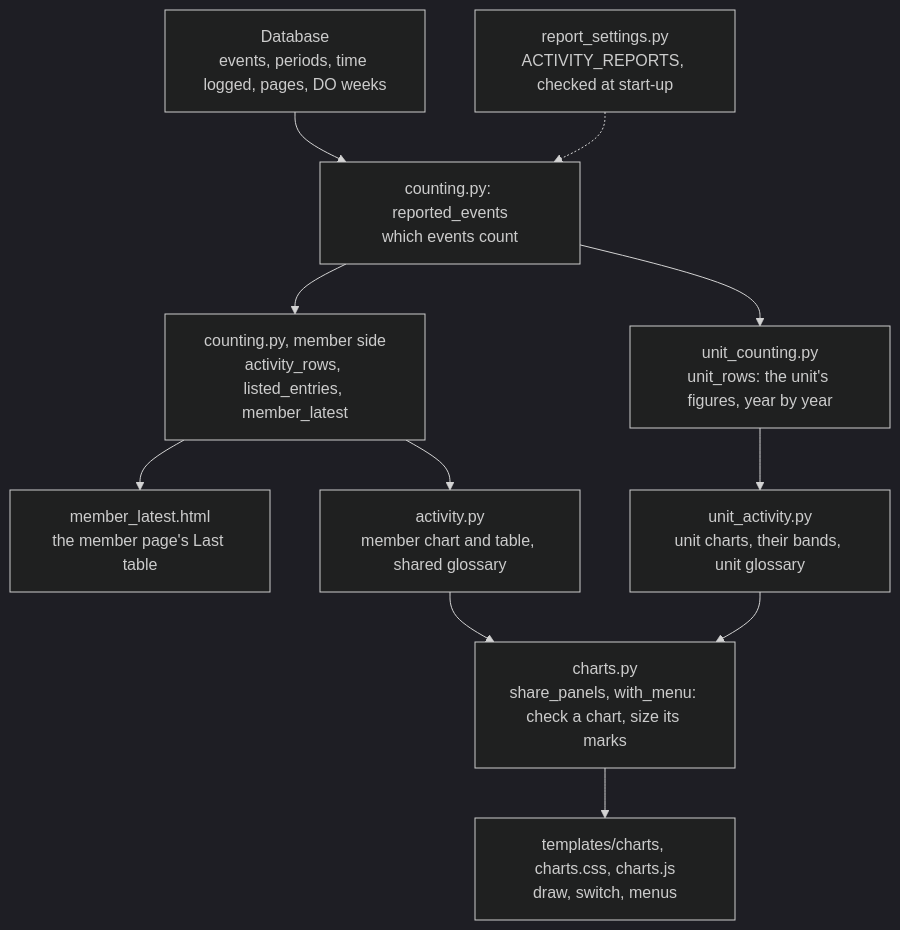
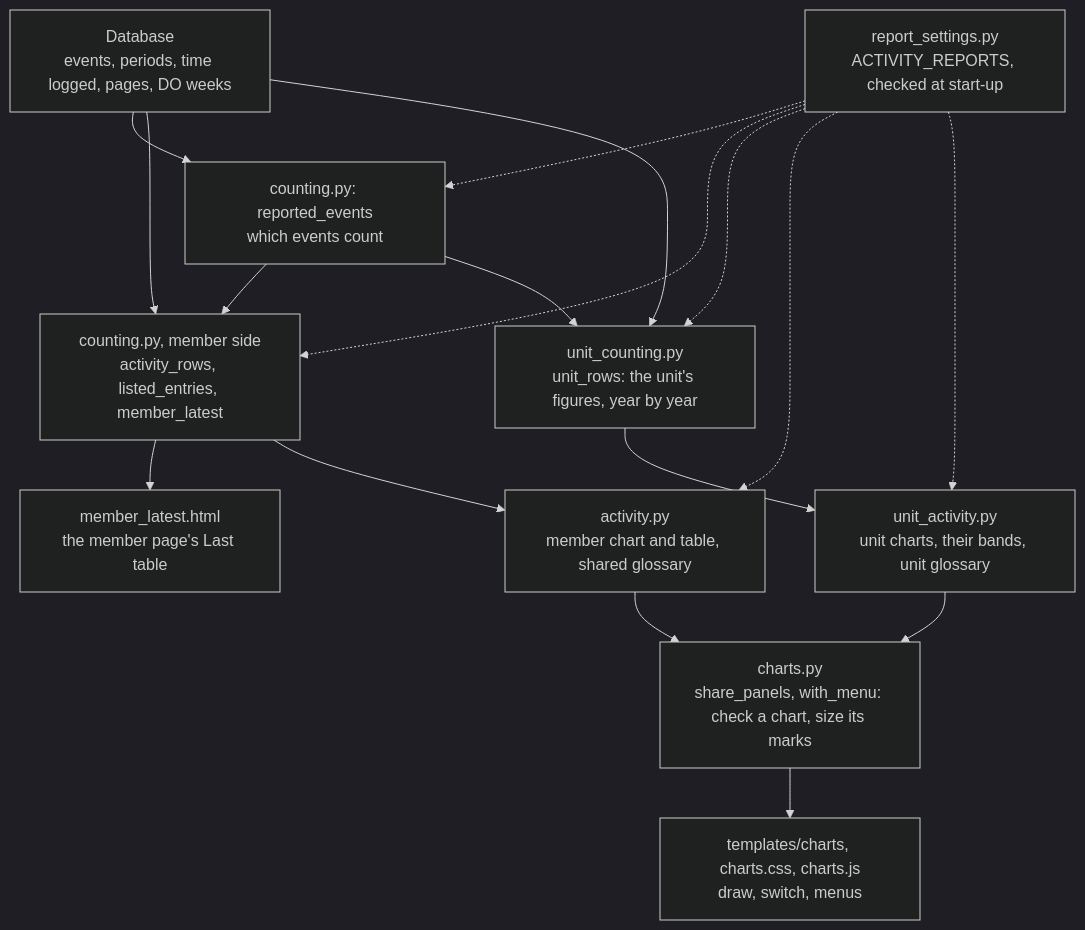
Before and after one commit to BAMRU-Tech/bamru_net: the diagram in docs/activity-reports.md, drawn with Mermaid (dark theme). The commit also changed other lines of this file and 14 other files, not shown here.

First line of the commit message:
Activity reports preview: Review round 2: bounds on dates and settings, one owner for the unit's first year, pre-2013 operations greyed on every chart, docs rows made true

````diff
--- a/docs/activity-reports.md
+++ b/docs/activity-reports.md
@@ -10,23 +10,23 @@
 ```mermaid
 flowchart TD
     db["Database<br>events, periods, time logged, pages, DO weeks"]
     events["counting.py: reported_events<br>which events count"]
     member["counting.py, member side<br>activity_rows, listed_entries, member_latest"]
     unit["unit_counting.py<br>unit_rows: the unit's figures, year by year"]
     latest["member_latest.html<br>the member page's Last table"]
     activity["activity.py<br>member chart and table, shared glossary"]
     unitact["unit_activity.py<br>unit charts, their bands, unit glossary"]
     charts["charts.py<br>share_panels, with_menu: check a chart, size its marks"]
     draw["templates/charts, charts.css, charts.js<br>draw, switch, menus"]
     settings["report_settings.py<br>ACTIVITY_REPORTS, checked at start-up"]
-    db --> events
-    settings -.-> events
+    db --> events & member & unit
+    settings -.-> events & member & unit & activity & unitact
     events --> member
     events --> unit
     member --> latest
     member --> activity
     unit --> unitact
     activity --> charts
     unitact --> charts
     charts --> draw
 ```
````
